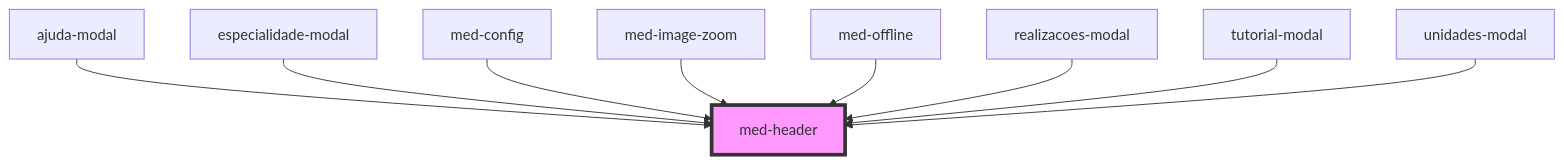
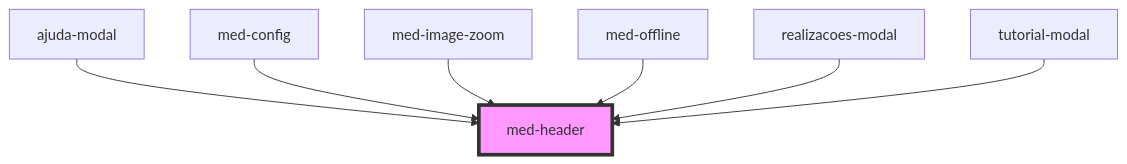
One commit to MEDGRUPOGIT/ionic-framework-1 changed the diagram in core/src/components/@templarios/compositions/med-header/readme.md. Above: the diagram before and after it, drawn with Mermaid. The commit also changed other lines of this file and 8 other files, not shown here.

Commit message:
migração simulados modal unidades e especialidade

````diff
--- a/core/src/components/@templarios/compositions/med-header/readme.md
+++ b/core/src/components/@templarios/compositions/med-header/readme.md
@@ -29,12 +27,10 @@
 ```mermaid
 graph TD;
   ajuda-modal --> med-header
-  especialidade-modal --> med-header
   med-config --> med-header
   med-image-zoom --> med-header
   med-offline --> med-header
   realizacoes-modal --> med-header
   tutorial-modal --> med-header
-  unidades-modal --> med-header
   style med-header fill:#f9f,stroke:#333,stroke-width:4px
 ```
````
